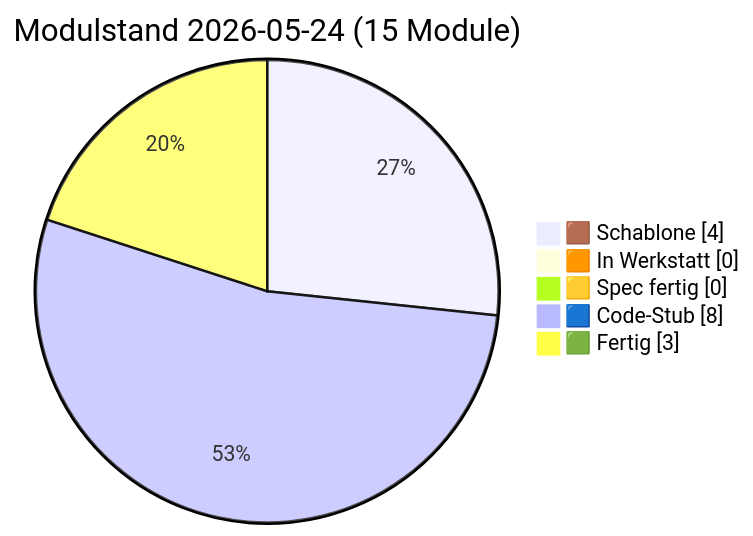
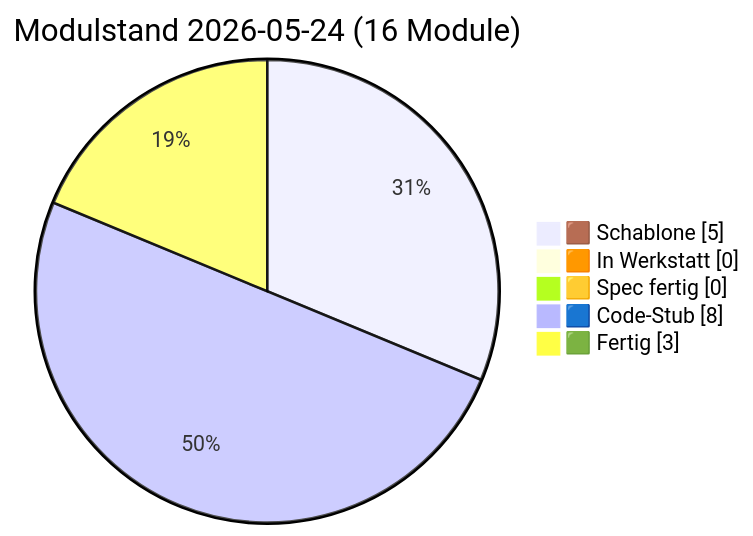
Before and after one commit to lausiklauskn-png/Sage-Protokol: the diagram in docs/PULS.md, drawn with Mermaid. The commit also changed other lines of this file and 5 other files, not shown here.

````diff
--- a/docs/PULS.md
+++ b/docs/PULS.md
@@ -21,9 +21,9 @@
 ```mermaid
 pie showData
-  title Modulstand 2026-05-24 (15 Module)
-  "🟫 Schablone" : 4
+  title Modulstand 2026-05-24 (16 Module)
+  "🟫 Schablone" : 5
   "🟧 In Werkstatt" : 0
   "🟨 Spec fertig" : 0
   "🟦 Code-Stub" : 8
   "🟩 Fertig" : 3
 ```
````
